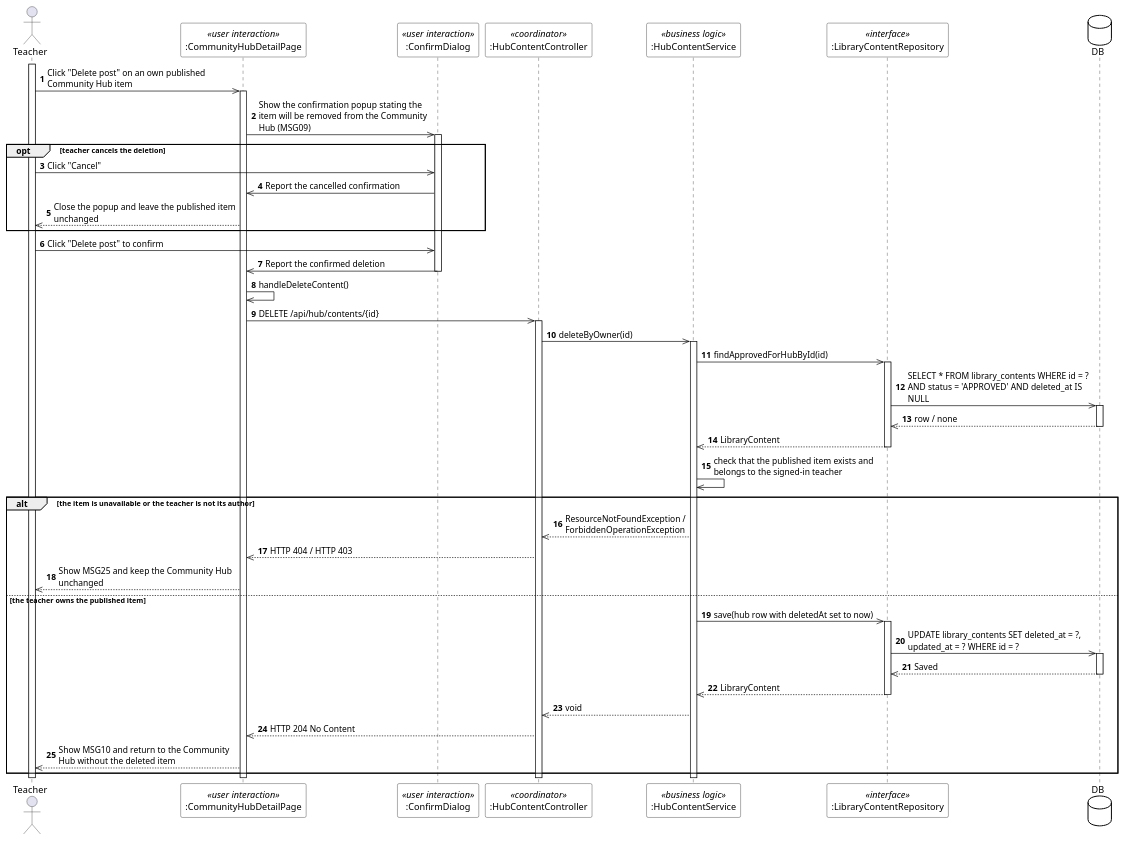
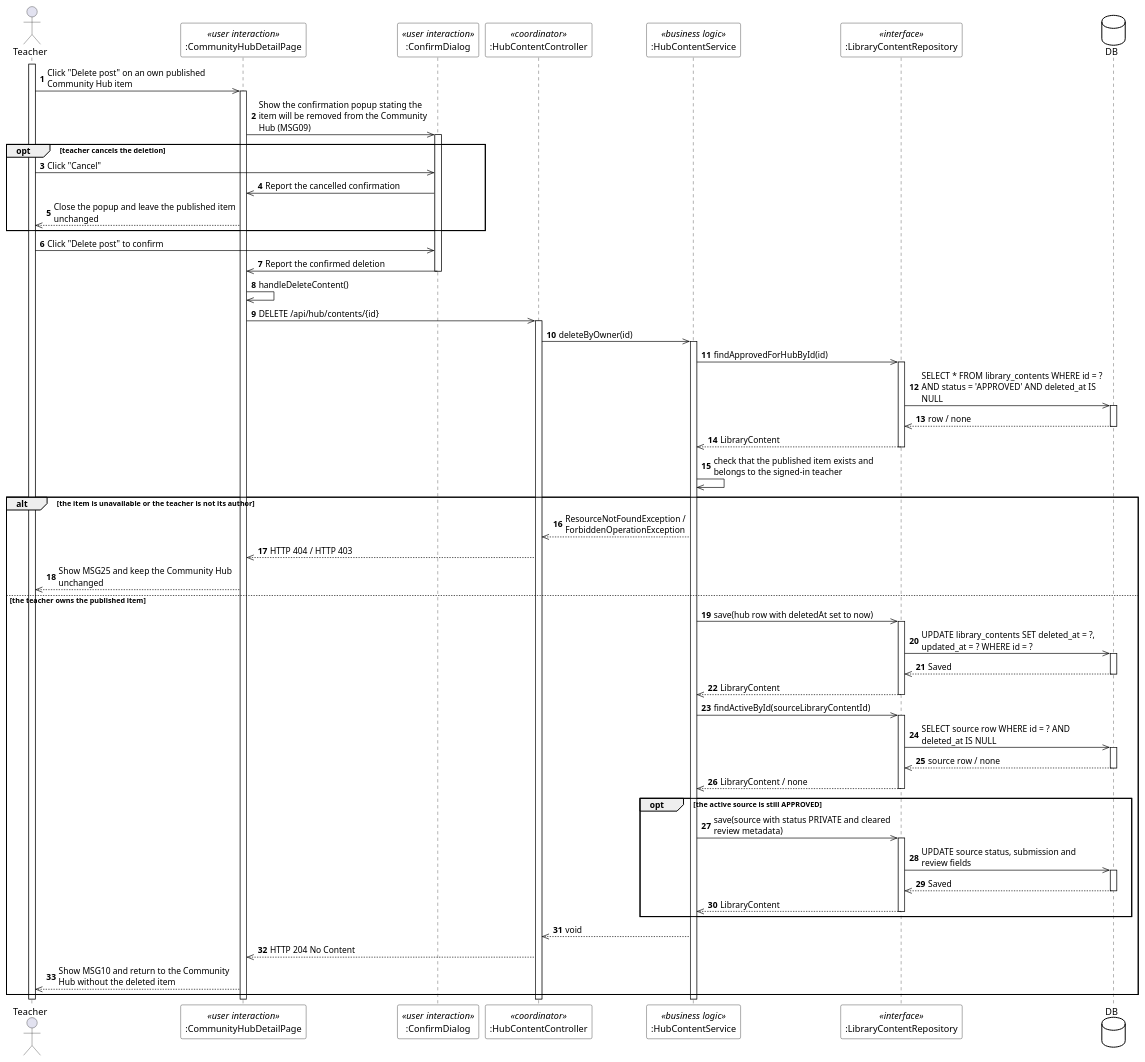
Before and after one commit to EduA-system/EduA-system: the diagram in designs/sds-diagrams/uc65/uc65_sequence_stereo.puml, drawn with PlantUML. The commit also changed 6 other files, not shown here.

```diff
--- a/designs/sds-diagrams/uc65/uc65_sequence_stereo.puml
+++ b/designs/sds-diagrams/uc65/uc65_sequence_stereo.puml
@@ -1,72 +1,90 @@
 @startuml UC-65 Delete Own Public Content - Sequence Diagram (stereo)
 skinparam defaultFontName "Segoe UI"
 skinparam shadowing false
 skinparam ParticipantBackgroundColor #FFFFFF
 skinparam ParticipantBorderColor #000000
 skinparam DatabaseBackgroundColor #FFFFFF
 skinparam DatabaseBorderColor #000000
 skinparam ArrowColor #000000
 skinparam sequenceMessageAlign left
 skinparam maxMessageSize 280
 
 actor Teacher
 participant ":CommunityHubDetailPage" as UI <<user interaction>>
 participant ":ConfirmDialog" as CONFIRM <<user interaction>>
 participant ":HubContentController" as CTL <<coordinator>>
 participant ":HubContentService" as SVC <<business logic>>
 participant ":LibraryContentRepository" as CONTENTS <<interface>>
 database DB
 
 autonumber
 activate Teacher
 Teacher ->> UI : Click "Delete post" on an own published Community Hub item
 activate UI
 UI ->> CONFIRM : Show the confirmation popup stating the item will be removed from the Community Hub (MSG09)
 activate CONFIRM
 
 opt teacher cancels the deletion
   Teacher ->> CONFIRM : Click "Cancel"
   CONFIRM ->> UI : Report the cancelled confirmation
   UI -->> Teacher : Close the popup and leave the published item unchanged
 end
 
 Teacher ->> CONFIRM : Click "Delete post" to confirm
 CONFIRM ->> UI : Report the confirmed deletion
 deactivate CONFIRM
 UI ->> UI : handleDeleteContent()
 UI ->> CTL : DELETE /api/hub/contents/{id}
 activate CTL
 CTL ->> SVC : deleteByOwner(id)
 activate SVC
 SVC ->> CONTENTS : findApprovedForHubById(id)
 activate CONTENTS
 CONTENTS ->> DB : SELECT * FROM library_contents WHERE id = ? AND status = 'APPROVED' AND deleted_at IS NULL
 activate DB
 DB -->> CONTENTS : row / none
 deactivate DB
 CONTENTS -->> SVC : LibraryContent
 deactivate CONTENTS
 SVC ->> SVC : check that the published item exists and belongs to the signed-in teacher
 
 alt the item is unavailable or the teacher is not its author
   SVC -->> CTL : ResourceNotFoundException / ForbiddenOperationException
   CTL -->> UI : HTTP 404 / HTTP 403
   UI -->> Teacher : Show MSG25 and keep the Community Hub unchanged
 else the teacher owns the published item
   SVC ->> CONTENTS : save(hub row with deletedAt set to now)
   activate CONTENTS
   CONTENTS ->> DB : UPDATE library_contents SET deleted_at = ?, updated_at = ? WHERE id = ?
   activate DB
   DB -->> CONTENTS : Saved
   deactivate DB
   CONTENTS -->> SVC : LibraryContent
   deactivate CONTENTS
+  SVC ->> CONTENTS : findActiveById(sourceLibraryContentId)
+  activate CONTENTS
+  CONTENTS ->> DB : SELECT source row WHERE id = ? AND deleted_at IS NULL
+  activate DB
+  DB -->> CONTENTS : source row / none
+  deactivate DB
+  CONTENTS -->> SVC : LibraryContent / none
+  deactivate CONTENTS
+  opt the active source is still APPROVED
+    SVC ->> CONTENTS : save(source with status PRIVATE and cleared review metadata)
+    activate CONTENTS
+    CONTENTS ->> DB : UPDATE source status, submission and review fields
+    activate DB
+    DB -->> CONTENTS : Saved
+    deactivate DB
+    CONTENTS -->> SVC : LibraryContent
+    deactivate CONTENTS
+  end
   SVC -->> CTL : void
   CTL -->> UI : HTTP 204 No Content
   UI -->> Teacher : Show MSG10 and return to the Community Hub without the deleted item
 end
 deactivate SVC
 deactivate CTL
 deactivate UI
 deactivate Teacher
 @enduml
```
